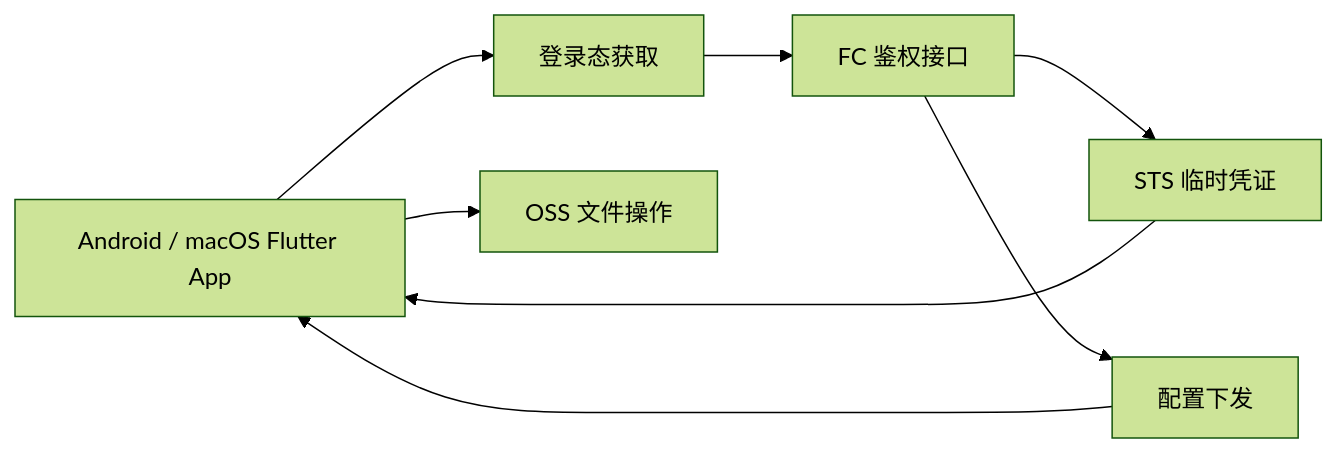
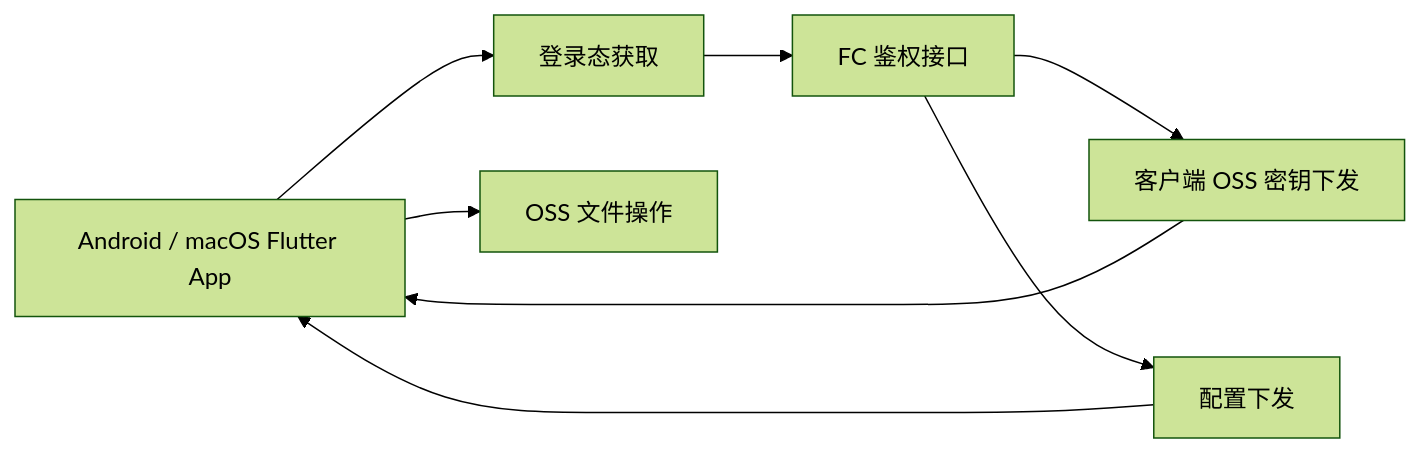
The first of 2 diagrams in docs/技术文档.md (littlefisher666/private-domain-drive), drawn with Mermaid (forest theme) before and after one commit. The commit also changed other lines of this file and 26 other files, not shown here.

````diff
--- a/docs/技术文档.md
+++ b/docs/技术文档.md
@@ -56,10 +56,10 @@
 ```mermaid
 flowchart LR
     A["Android / macOS Flutter App"] --> B["登录态获取"]
     B --> C["FC 鉴权接口"]
-    C --> D["STS 临时凭证"]
+    C --> D["客户端 OSS 密钥下发"]
     D --> A
     A --> E["OSS 文件操作"]
     C --> F["配置下发"]
     F --> A
 ```
````
